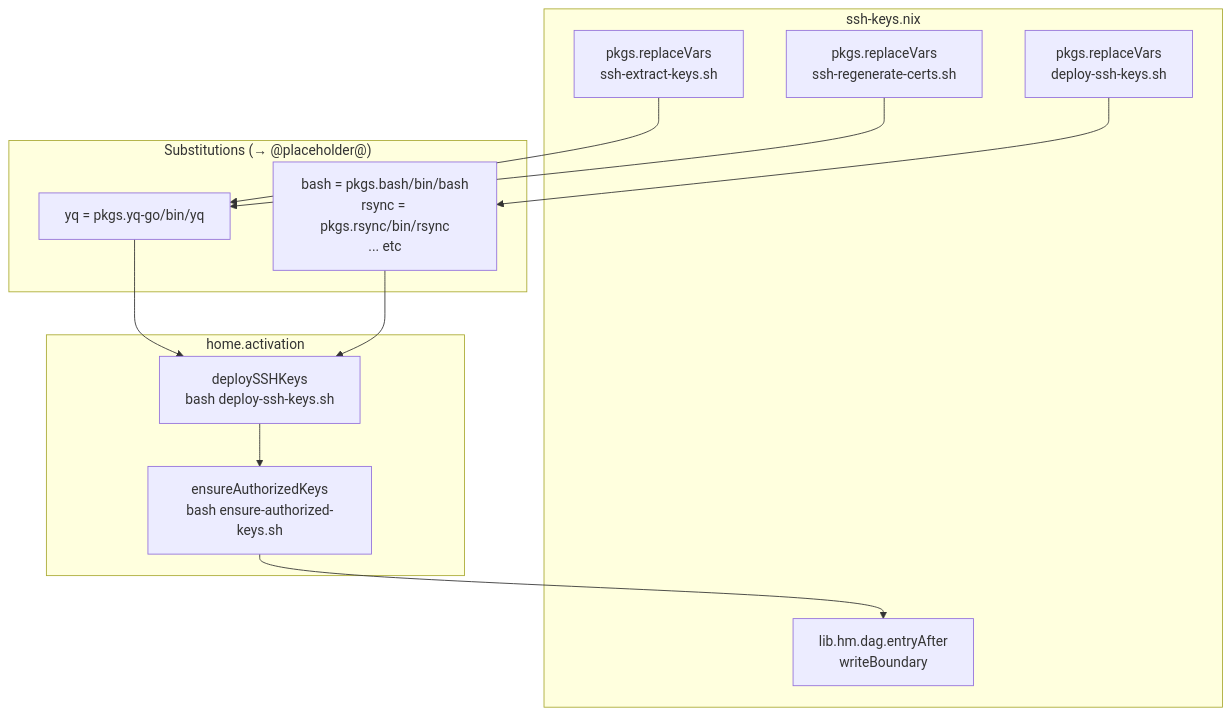
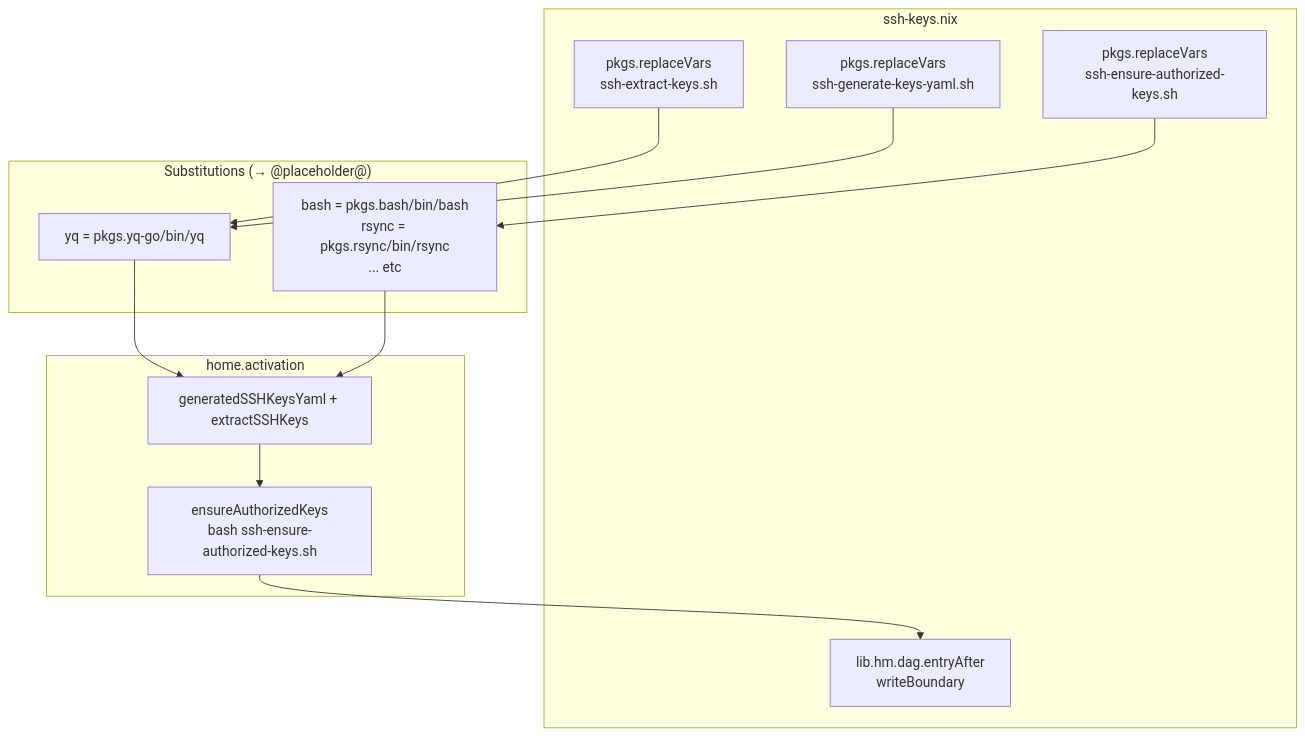
Before and after one commit to seedmatic/ndh: the sixth of 7 diagrams in docs/ssh-keys-diagrams.adoc, drawn with Mermaid. The commit also changed other lines of this file and 23 other files, not shown here.

Commit message:
chore(ssh): better keys distribution from nix

```diff
--- a/docs/ssh-keys-diagrams.adoc
+++ b/docs/ssh-keys-diagrams.adoc
@@ -188,29 +188,29 @@
 [mermaid]
 ----
 graph TB
     subgraph "ssh-keys.nix"
         replaceVars1["pkgs.replaceVars<br/>ssh-extract-keys.sh"]
-        replaceVars2["pkgs.replaceVars<br/>ssh-regenerate-certs.sh"]  
-        replaceVars3["pkgs.replaceVars<br/>deploy-ssh-keys.sh"]
+        replaceVars2["pkgs.replaceVars<br/>ssh-generate-keys-yaml.sh"]
+        replaceVars3["pkgs.replaceVars<br/>ssh-ensure-authorized-keys.sh"]
         
         dag["lib.hm.dag.entryAfter<br/>writeBoundary"]
     end
     
     subgraph "Substitutions (→ @placeholder@)"
         subs1["yq = pkgs.yq-go/bin/yq"]
         subs2["bash = pkgs.bash/bin/bash<br/>rsync = pkgs.rsync/bin/rsync<br/>... etc"]
     end
     
     subgraph "home.activation"
-        act1["deploySSHKeys<br/>bash deploy-ssh-keys.sh"]
-        act2["ensureAuthorizedKeys<br/>bash ensure-authorized-keys.sh"]
+        act1["generatedSSHKeysYaml + extractSSHKeys"]
+        act2["ensureAuthorizedKeys<br/>bash ssh-ensure-authorized-keys.sh"]
     end
     
     replaceVars1 --> subs1
     replaceVars2 --> subs1
     replaceVars3 --> subs2
     
     subs1 & subs2 --> act1
     act1 --> act2
     act2 --> dag
 ----
```
